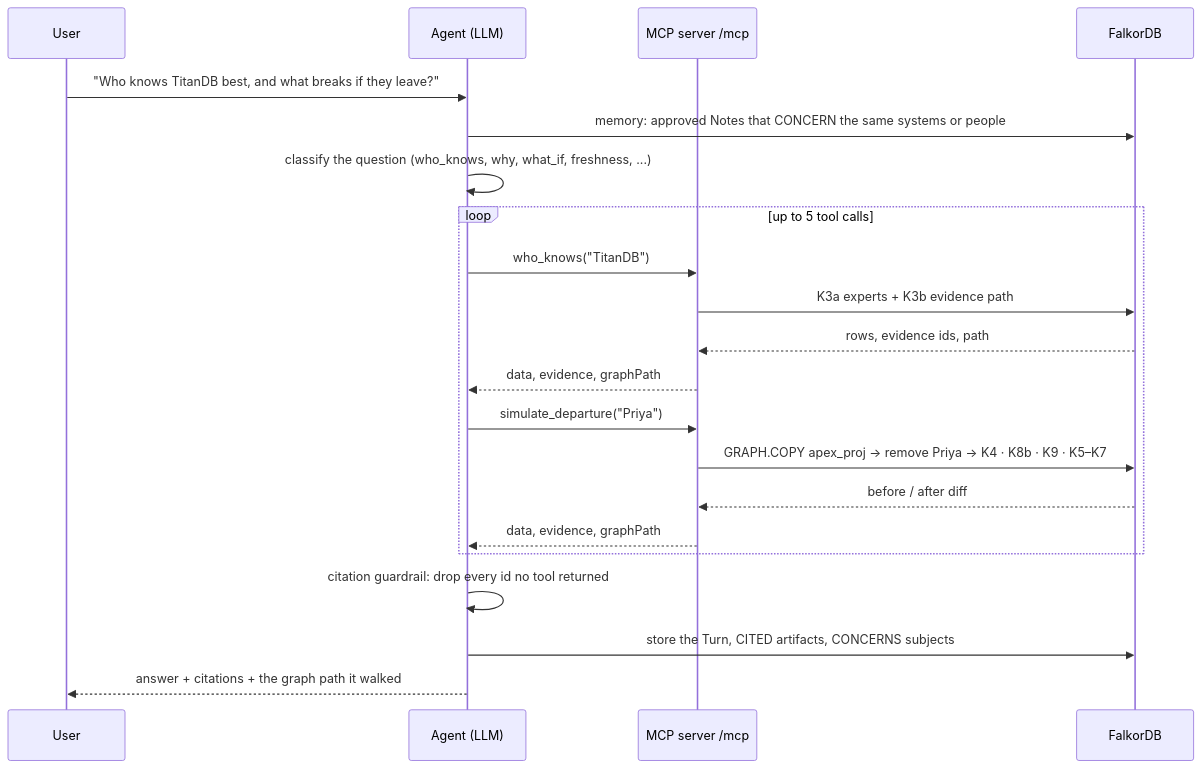
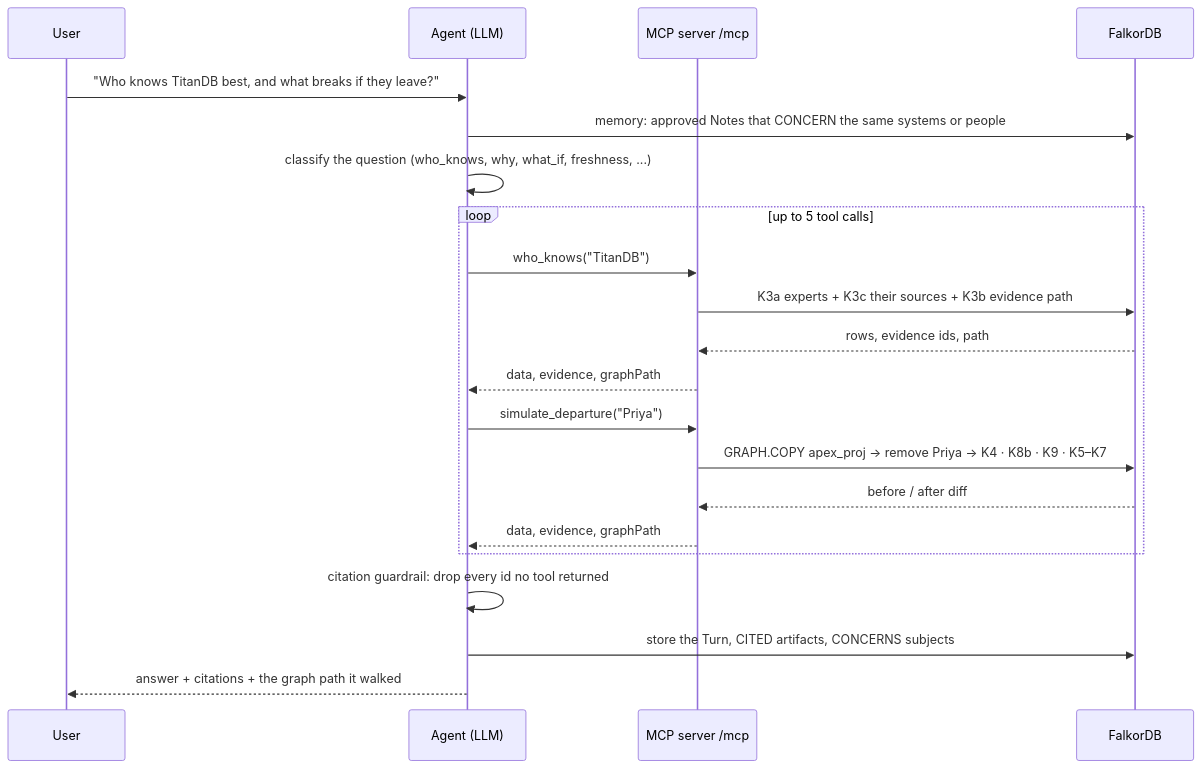
One commit to amanraj069/KeyStone changed the fourth of 4 diagrams in README.md. Above: the diagram before and after it, drawn with Mermaid. The commit also changed other lines of this file and 6 other files, not shown here.

````diff
--- a/README.md
+++ b/README.md
@@ -168,23 +174,23 @@
 ```mermaid
 sequenceDiagram
     participant U as User
     participant A as Agent (LLM)
     participant M as MCP server /mcp
     participant F as FalkorDB
     U->>A: "Who knows TitanDB best, and what breaks if they leave?"
     A->>F: memory: approved Notes that CONCERN the same systems or people
     A->>A: classify the question (who_knows, why, what_if, freshness, ...)
     loop up to 5 tool calls
         A->>M: who_knows("TitanDB")
-        M->>F: K3a experts + K3b evidence path
+        M->>F: K3a experts + K3c their sources + K3b evidence path
         F-->>M: rows, evidence ids, path
         M-->>A: data, evidence, graphPath
         A->>M: simulate_departure("Priya")
         M->>F: GRAPH.COPY apex_proj → remove Priya → K4 · K8b · K9 · K5–K7
         F-->>M: before / after diff
         M-->>A: data, evidence, graphPath
     end
     A->>A: citation guardrail: drop every id no tool returned
     A->>F: store the Turn, CITED artifacts, CONCERNS subjects
     A-->>U: answer + citations + the graph path it walked
 ```
````
